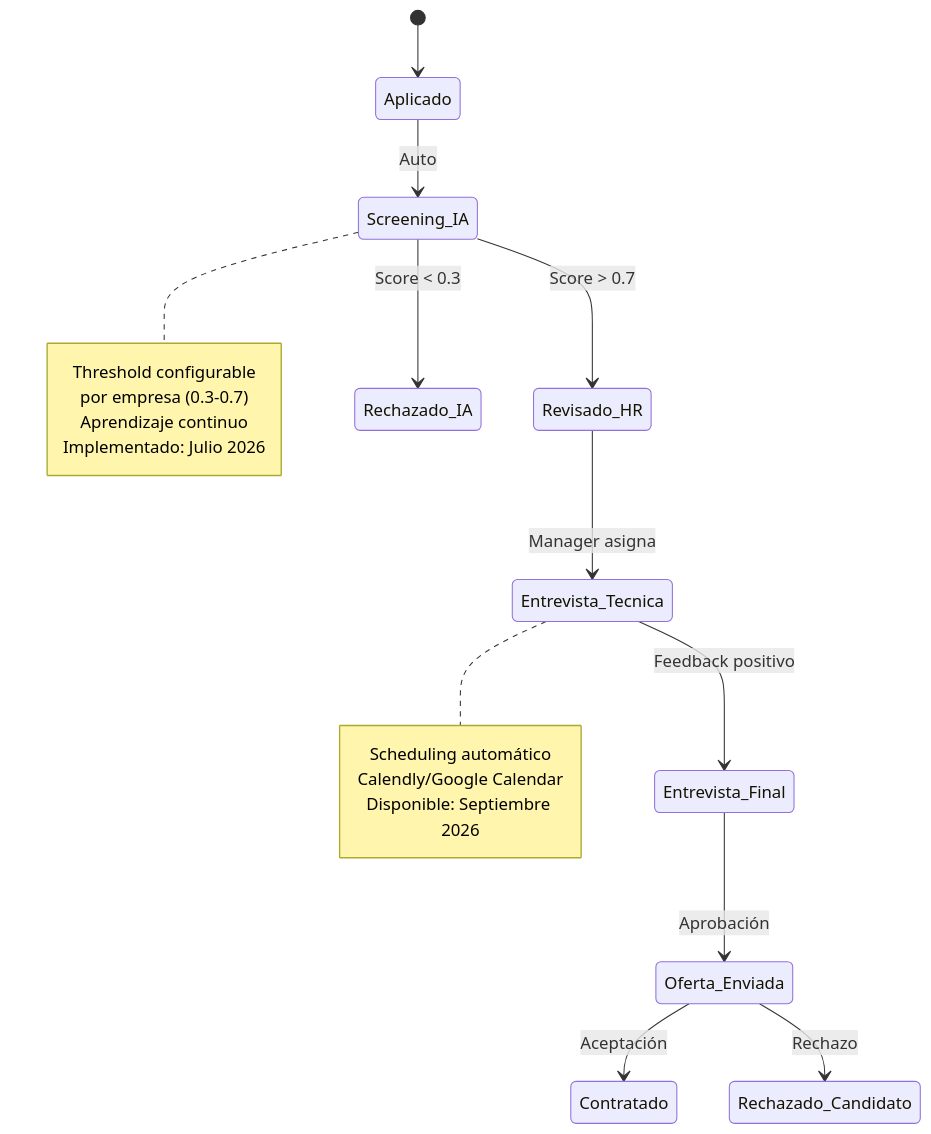
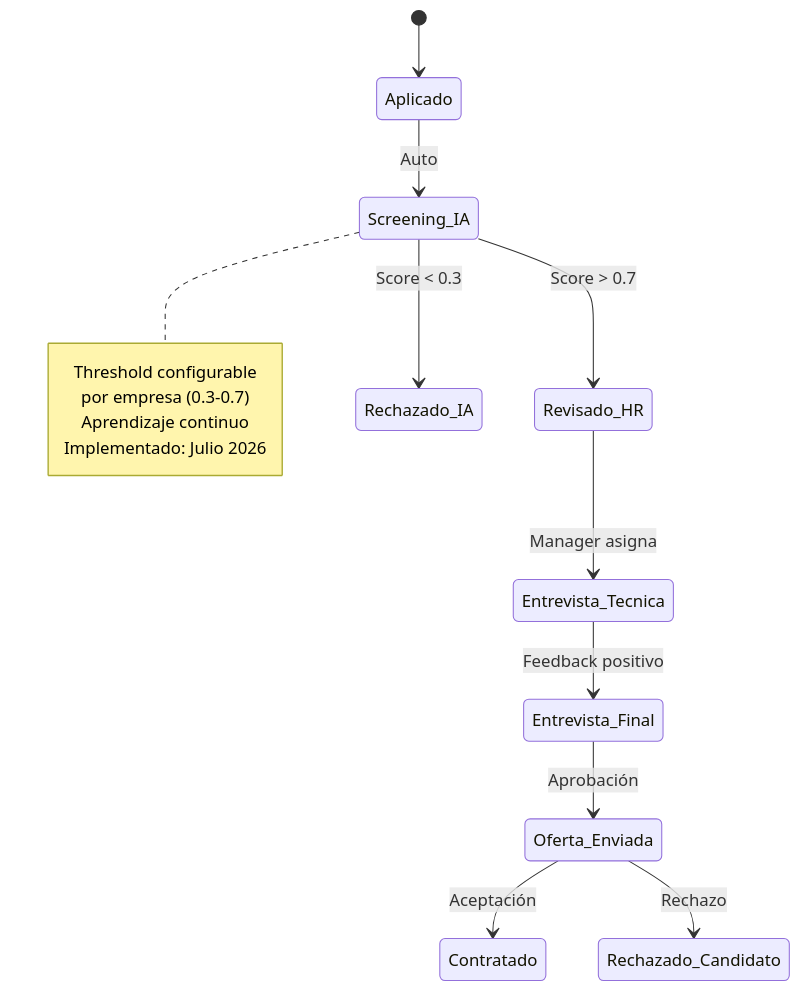
The second of 12 diagrams in LTI_NAR.md (jialvarez/AI4Devs-design-1-2026-03_srII), drawn with Mermaid before and after one commit. The commit also changed other lines of this file, not shown here.

````diff
--- a/LTI_NAR.md
+++ b/LTI_NAR.md
@@ -120,25 +124,19 @@
 ```mermaid
 stateDiagram-v2
     [*] --> Aplicado
     Aplicado --> Screening_IA: Auto
     Screening_IA --> Revisado_HR: Score > 0.7
     Screening_IA --> Rechazado_IA: Score < 0.3
     Revisado_HR --> Entrevista_Tecnica: Manager asigna
     Entrevista_Tecnica --> Entrevista_Final: Feedback positivo
     Entrevista_Final --> Oferta_Enviada: Aprobación
     Oferta_Enviada --> Contratado: Aceptación
     Oferta_Enviada --> Rechazado_Candidato: Rechazo
     
     note right of Screening_IA
         Threshold configurable
         por empresa (0.3-0.7)
         Aprendizaje continuo
         Implementado: Julio 2026
     end note
-    
-    note right of Entrevista_Tecnica
-        Scheduling automático
-        Calendly/Google Calendar
-        Disponible: Septiembre 2026
-    end note
 ```
````
